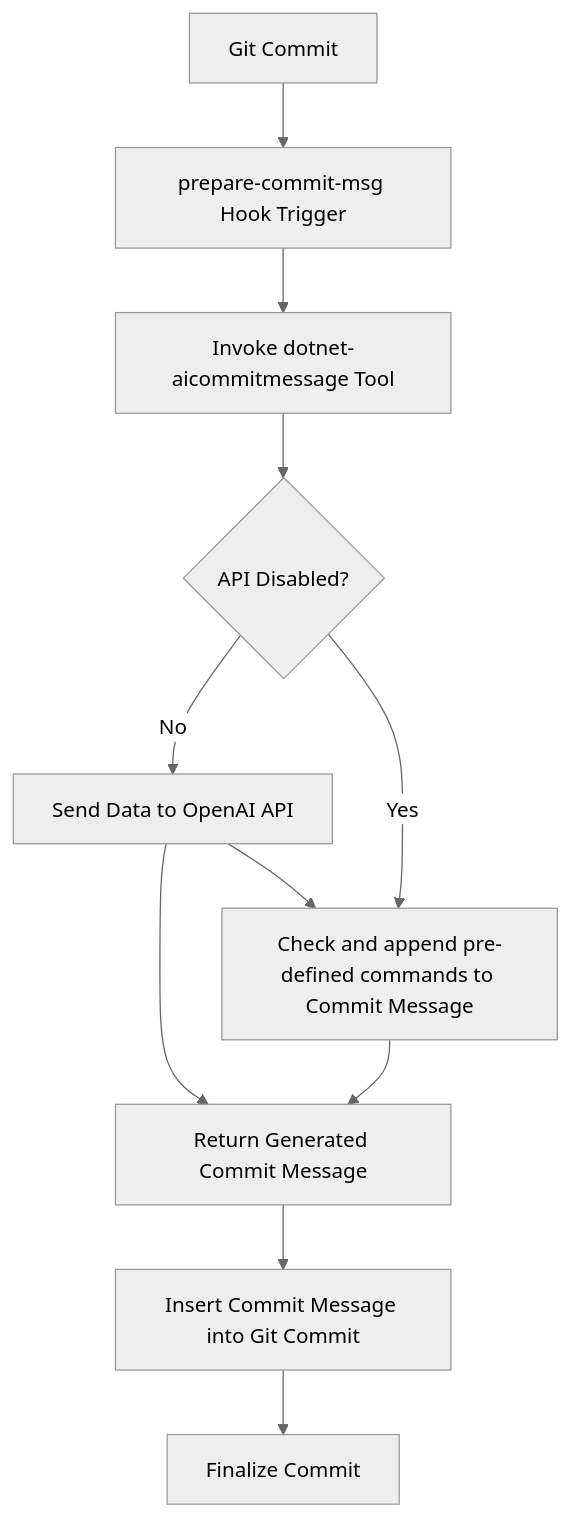
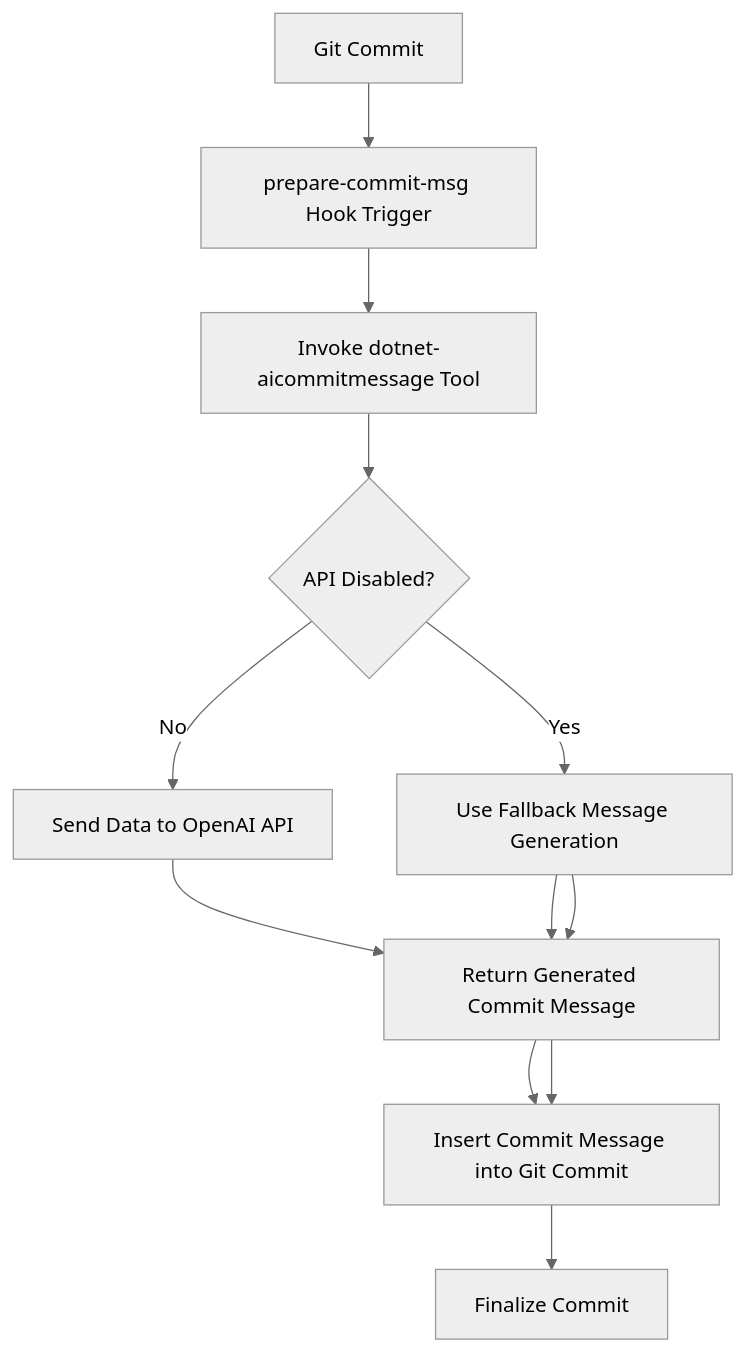
The diagram in README.md (guibranco/dotnet-aicommitmessage), drawn with Mermaid (neutral theme) before and after one commit.

````diff
--- a/README.md
+++ b/README.md
@@ -105,13 +105,14 @@
 ```mermaid
 graph TD
     A[Git Commit] --> B[prepare-commit-msg Hook Trigger]
     B --> C[Invoke dotnet-aicommitmessage Tool]
     C --> D{API Disabled?}
     D -->|No| E[Send Data to OpenAI API]
     D -->|Yes| F[Use Fallback Message Generation]
     E --> G[Generate Commit Message]
-    E --> F[Check and append pre-defined commands to Commit Message]
+    F --> G
+    G --> H[Check and append pre-defined commands to Commit Message]
     F --> G[Return Generated Commit Message]
     G --> H[Insert Commit Message into Git Commit]
     H --> I[Finalize Commit]
 ```
````
